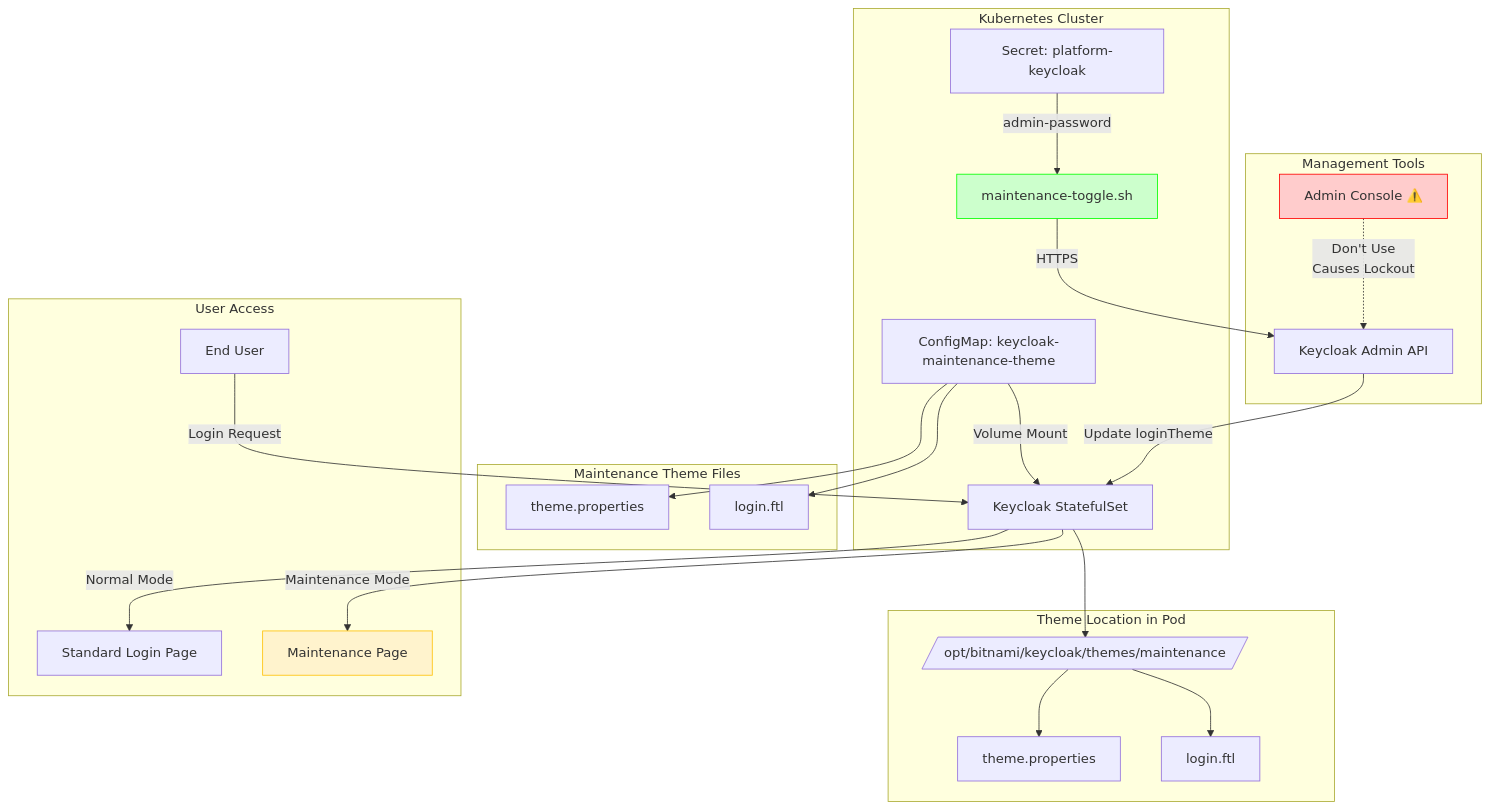
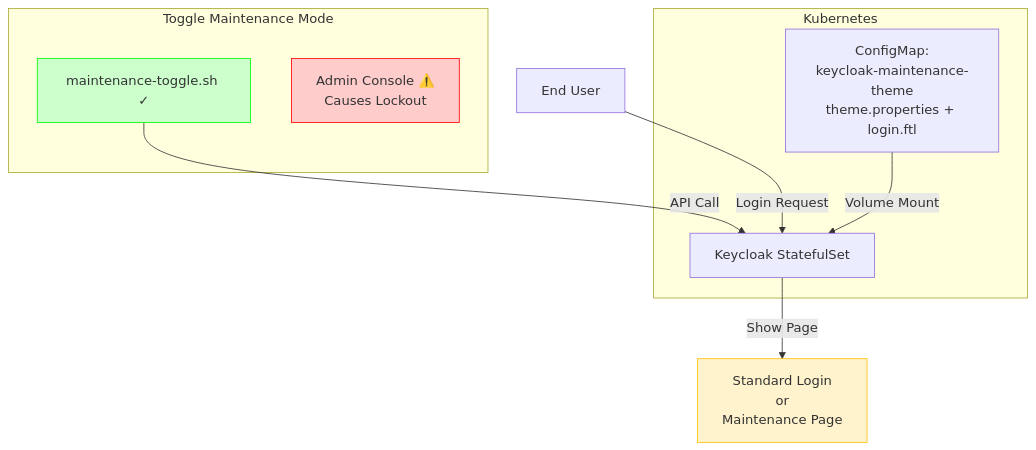
One commit to open-edge-platform/edge-manageability-framework changed the first of 2 diagrams in design-proposals/keycloak-maintenance-theme.md. Above: the diagram before and after it, drawn with Mermaid.

Commit message:
Updated architectural diagram

````diff
--- a/design-proposals/keycloak-maintenance-theme.md
+++ b/design-proposals/keycloak-maintenance-theme.md
@@ -96,43 +96,21 @@
 ```mermaid
 graph TB
-    subgraph "Kubernetes Cluster"
-        CM[ConfigMap: keycloak-maintenance-theme]
+    subgraph "Kubernetes"
+        CM[ConfigMap:<br/>keycloak-maintenance-theme<br/>theme.properties + login.ftl]
         KC[Keycloak StatefulSet]
-        Secret[Secret: platform-keycloak]
-        
         CM -->|Volume Mount| KC
-        Secret -->|admin-password| Script
     end
     
-    subgraph "Maintenance Theme Files"
-        CM --> TP[theme.properties]
-        CM --> FTL[login.ftl]
+    subgraph "Toggle Maintenance Mode"
+        Script[maintenance-toggle.sh ✓]
+        Console[Admin Console ⚠️<br/>Causes Lockout]
+        Script -->|API Call| KC
     end
     
-    subgraph "Theme Location in Pod"
-        KC --> Theme[/opt/bitnami/keycloak/themes/maintenance/]
-        Theme --> TP2[theme.properties]
-        Theme --> FTL2[login.ftl]
-    end
-    
-    subgraph "Management Tools"
-        Script[maintenance-toggle.sh]
-        API[Keycloak Admin API]
-        Console[Admin Console ⚠️]
-    end
-    
-    Script -->|HTTPS| API
-    Console -.->|Don't Use<br/>Causes Lockout| API
-    API -->|Update loginTheme| KC
-    
-    subgraph "User Access"
-        User[End User]
-        User -->|Login Request| KC
-        KC -->|Normal Mode| Login[Standard Login Page]
-        KC -->|Maintenance Mode| Maint[Maintenance Page]
-    end
+    User[End User] -->|Login Request| KC
+    KC -->|Show Page| Display[Standard Login<br/>or<br/>Maintenance Page]
     
     style Console fill:#ffcccc,stroke:#ff0000
     style Script fill:#ccffcc,stroke:#00ff00
-    style Maint fill:#fff3cd,stroke:#ffc107
+    style Display fill:#fff3cd,stroke:#ffc107
 ```
````
